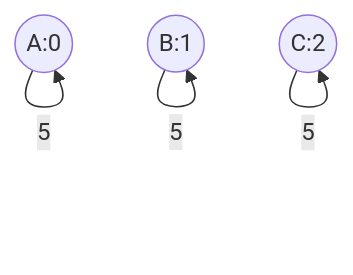
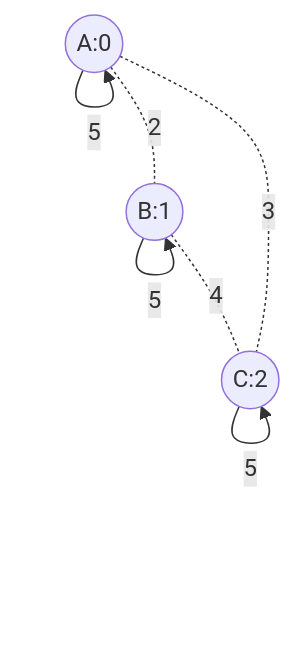
Before and after one commit to randomfunkstyle/randomfun2025swift: the diagram in Resources/TestMaps/three_rooms_two_loops.md, drawn with Mermaid. The commit also changed 8 other files, not shown here.

````diff
--- a/Resources/TestMaps/three_rooms_two_loops.md
+++ b/Resources/TestMaps/three_rooms_two_loops.md
@@ -3,19 +3,23 @@
 ```mermaid
 graph TD
     A((A:0))
     B((B:1))
     C((C:2))
+
+    A -.2.- B
+    A -.3.- C
+    B -.4.- C
 
     A --0--> A
     A --1--> A
     A --4--> A
     A --5--> A
     B --0--> B
     B --1--> B
     B --3--> B
     B --5--> B
     C --0--> C
     C --1--> C
     C --2--> C
     C --5--> C
 ```
````
